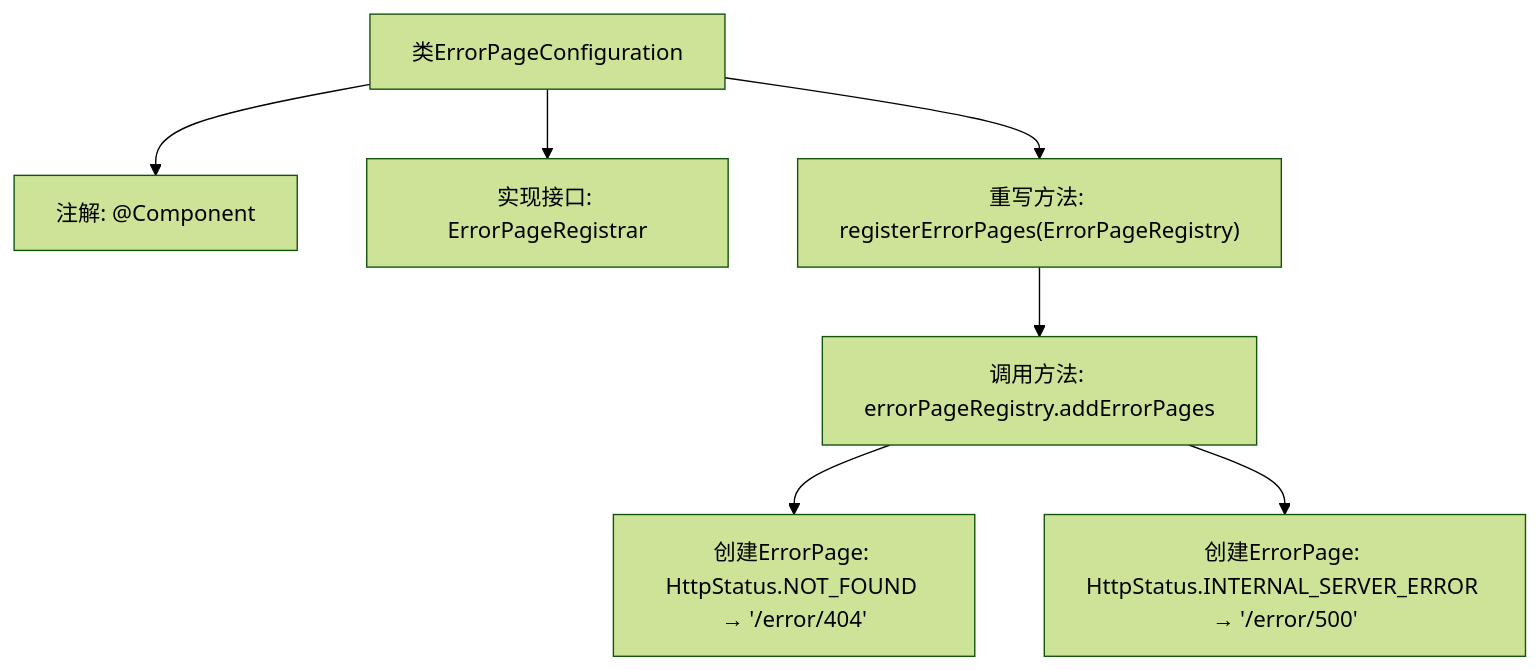
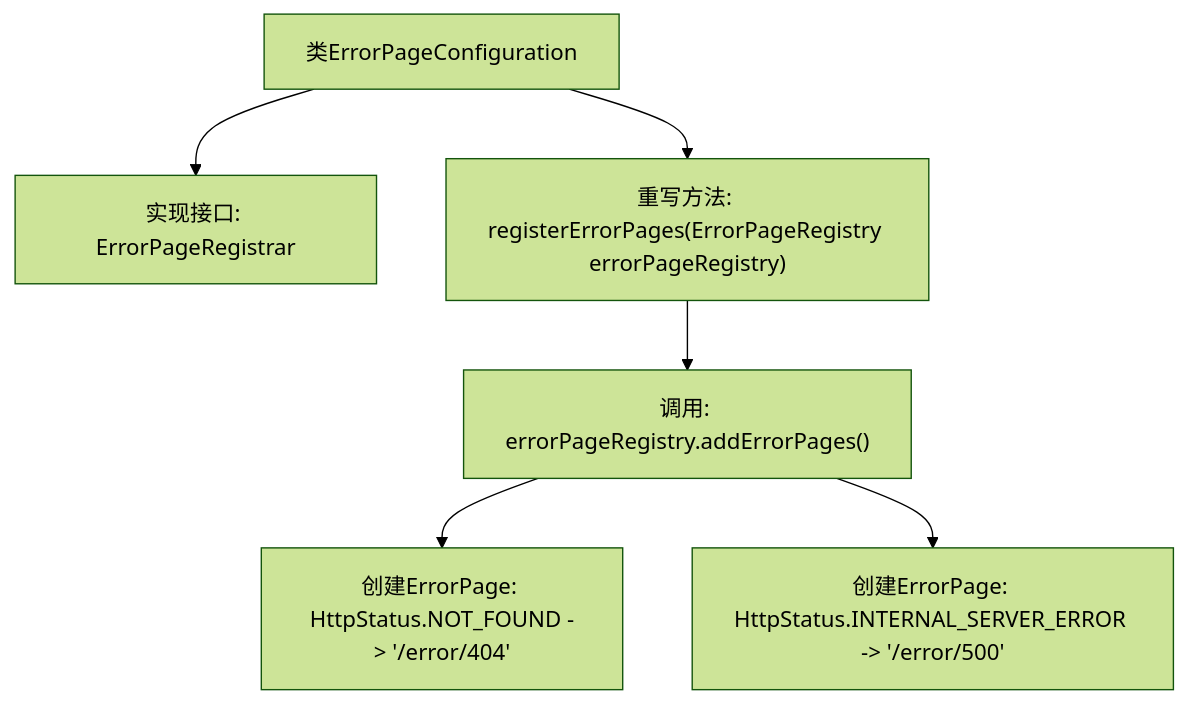
One commit to v-wjrong/rongwj666_weixin-java-miniapp-demo changed the second of 2 diagrams in docs/zh/docs/src/main/java/com/github/binarywang/demo/wx/miniapp/error/ErrorPageConfiguration.md. Above: the diagram before and after it, drawn with Mermaid (forest theme). The commit also changed other lines of this file and 46 other files, not shown here.

````diff
--- a/docs/zh/docs/src/main/java/com/github/binarywang/demo/wx/miniapp/error/ErrorPageConfiguration.md
+++ b/docs/zh/docs/src/main/java/com/github/binarywang/demo/wx/miniapp/error/ErrorPageConfiguration.md
@@ -67,17 +70,15 @@
 ```mermaid
 graph TD
     A["类ErrorPageConfiguration"]
-    B["注解: @Component"]
-    C["实现接口: ErrorPageRegistrar"]
-    D["重写方法: registerErrorPages(ErrorPageRegistry)"]
-    E["调用方法: errorPageRegistry.addErrorPages"]
-    F["创建ErrorPage: HttpStatus.NOT_FOUND → '/error/404'"]
-    G["创建ErrorPage: HttpStatus.INTERNAL_SERVER_ERROR → '/error/500'"]
+    B["实现接口: ErrorPageRegistrar"]
+    C["重写方法: registerErrorPages(ErrorPageRegistry errorPageRegistry)"]
+    D["调用: errorPageRegistry.addErrorPages()"]
+    E["创建ErrorPage: HttpStatus.NOT_FOUND -> '/error/404'"]
+    F["创建ErrorPage: HttpStatus.INTERNAL_SERVER_ERROR -> '/error/500'"]
 
     A --> B
     A --> C
-    A --> D
+    C --> D
     D --> E
-    E --> F
-    E --> G
+    D --> F
 ```
````
